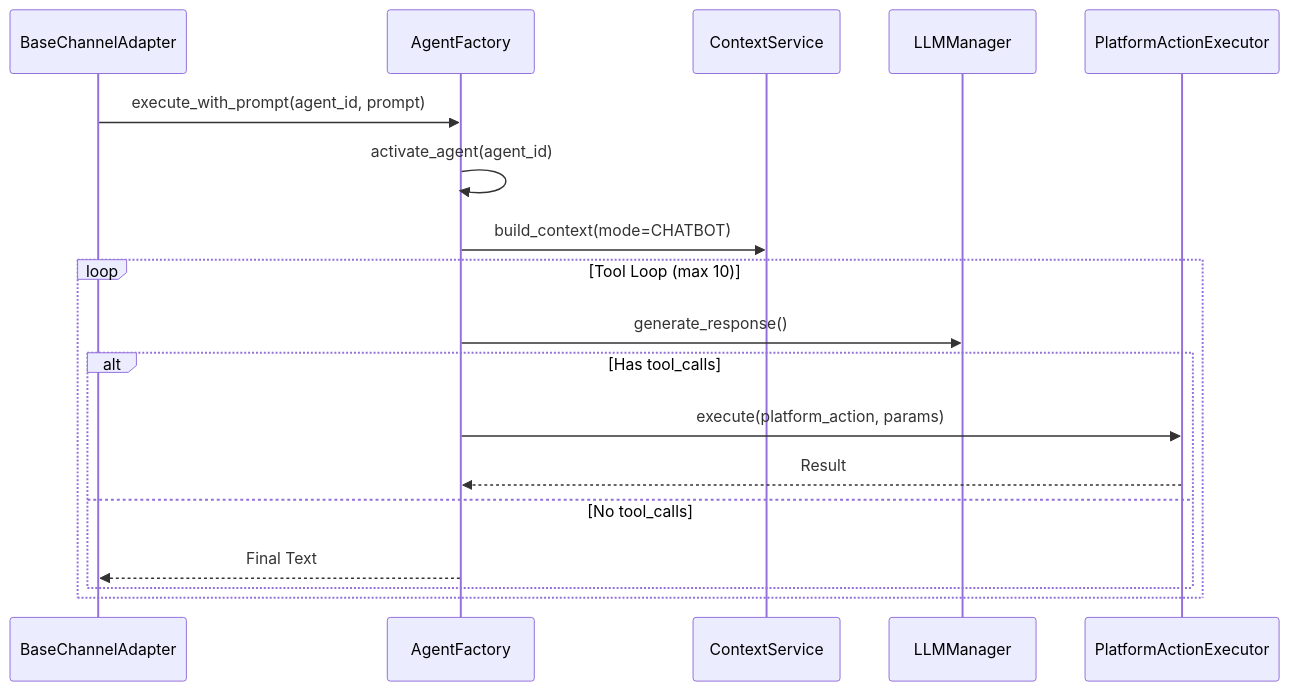
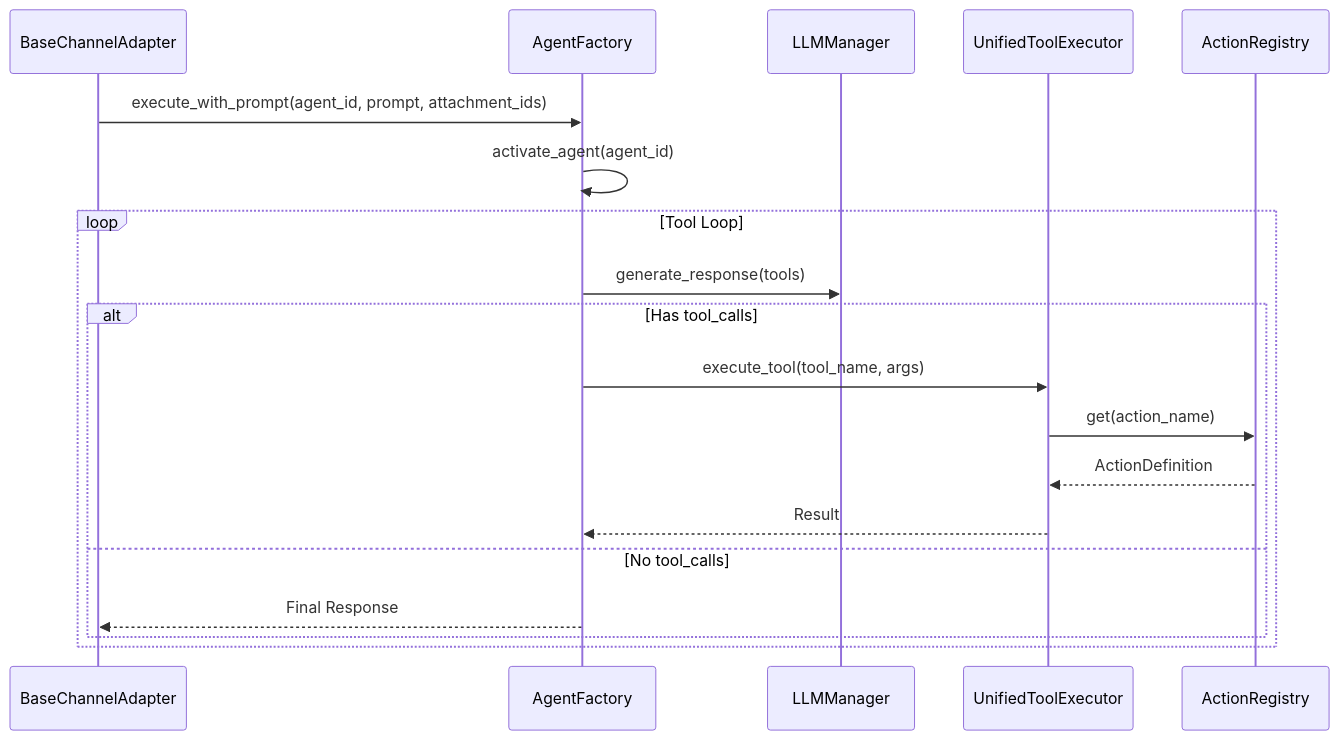
Before and after one commit to AutomatosAI/automatos-ai: the third of 3 diagrams in docs/channel-integrations/message-pipeline.md, drawn with Mermaid. The commit also changed other lines of this file and 153 other files, not shown here.

````diff
--- a/docs/channel-integrations/message-pipeline.md
+++ b/docs/channel-integrations/message-pipeline.md
@@ -193,22 +164,23 @@
 ```mermaid
 sequenceDiagram
     participant Adapter as BaseChannelAdapter
     participant Factory as AgentFactory
-    participant Context as ContextService
     participant LLM as LLMManager
-    participant Tools as PlatformActionExecutor
+    participant Router as UnifiedToolExecutor
+    participant Registry as ActionRegistry
     
-    Adapter->>Factory: execute_with_prompt(agent_id, prompt)
+    Adapter->>Factory: execute_with_prompt(agent_id, prompt, attachment_ids)
     Factory->>Factory: activate_agent(agent_id)
-    Factory->>Context: build_context(mode=CHATBOT)
     
-    loop Tool Loop (max 10)
-        Factory->>LLM: generate_response()
+    loop Tool Loop
+        Factory->>LLM: generate_response(tools)
         alt Has tool_calls
-            Factory->>Tools: execute(platform_action, params)
-            Tools-->>Factory: Result
+            Factory->>Router: execute_tool(tool_name, args)
+            Router->>Registry: get(action_name)
+            Registry-->>Router: ActionDefinition
+            Router-->>Factory: Result
         else No tool_calls
-            Factory-->>Adapter: Final Text
+            Factory-->>Adapter: Final Response
         end
     end
 ```
````
